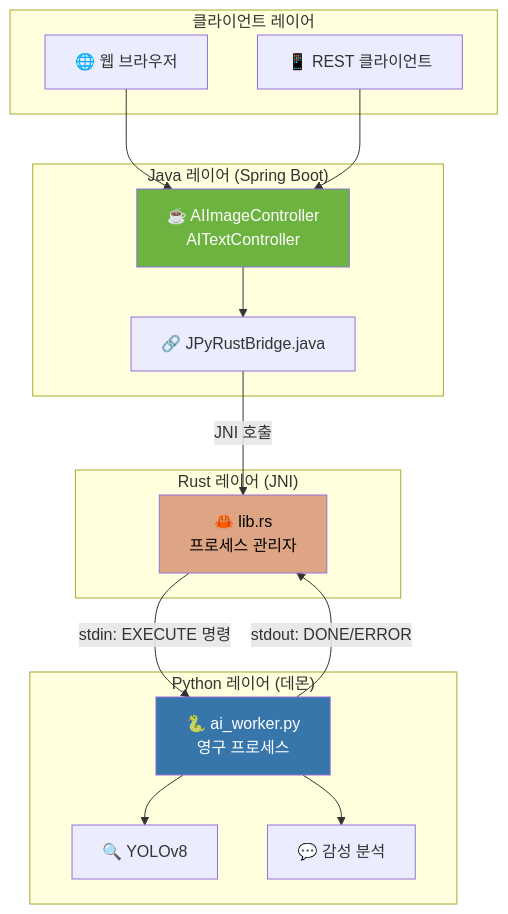
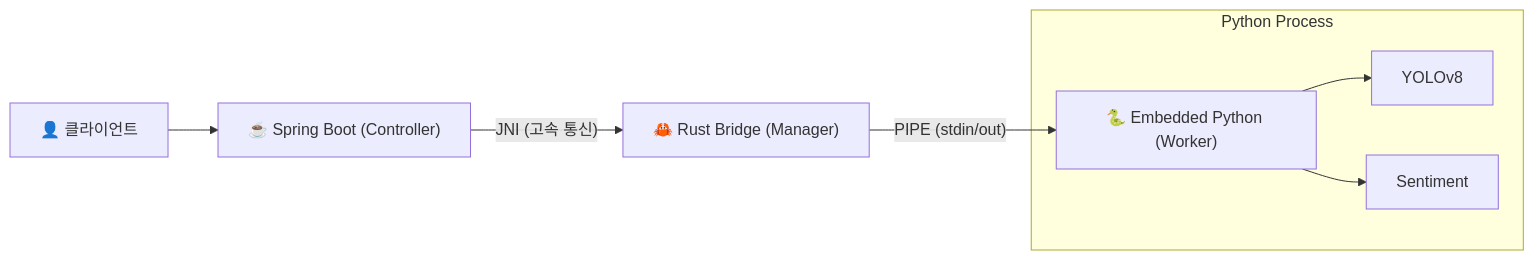
The diagram in README_KR.md (farmer0010/JPyRust), drawn with Mermaid before and after one commit. The commit also changed other lines of this file, not shown here.

````diff
--- a/README_KR.md
+++ b/README_KR.md
@@ -39,35 +47,11 @@
 ```mermaid
-graph TD
-    subgraph "클라이언트 레이어"
-        Browser["🌐 웹 브라우저"]
-        API["📱 REST 클라이언트"]
+graph LR
+    User["👤 클라이언트"] --> Boot["☕ Spring Boot (Controller)"]
+    Boot -- "JNI (고속 통신)" --> Rust["🦀 Rust Bridge (Manager)"]
+    Rust -- "PIPE (stdin/out)" --> Python["🐍 Embedded Python (Worker)"]
+    
+    subgraph "Python Process"
+        Python --> Model1["YOLOv8"]
+        Python --> Model2["Sentiment"]
     end
-
-    subgraph "Java 레이어 (Spring Boot)"
-        Controller["☕ AIImageController<br/>AITextController"]
-        Bridge["🔗 JPyRustBridge.java"]
-    end
-
-    subgraph "Rust 레이어 (JNI)"
-        JNI["🦀 lib.rs<br/>프로세스 관리자"]
-    end
-
-    subgraph "Python 레이어 (데몬)"
-        Daemon["🐍 ai_worker.py<br/>영구 프로세스"]
-        YOLO["🔍 YOLOv8"]
-        NLP["💬 감성 분석"]
-    end
-
-    Browser --> Controller
-    API --> Controller
-    Controller --> Bridge
-    Bridge -->|"JNI 호출"| JNI
-    JNI -->|"stdin: EXECUTE 명령"| Daemon
-    Daemon -->|"stdout: DONE/ERROR"| JNI
-    Daemon --> YOLO
-    Daemon --> NLP
-
-    style Daemon fill:#3776ab,color:#fff
-    style JNI fill:#dea584,color:#000
-    style Controller fill:#6db33f,color:#fff
 ```
````
